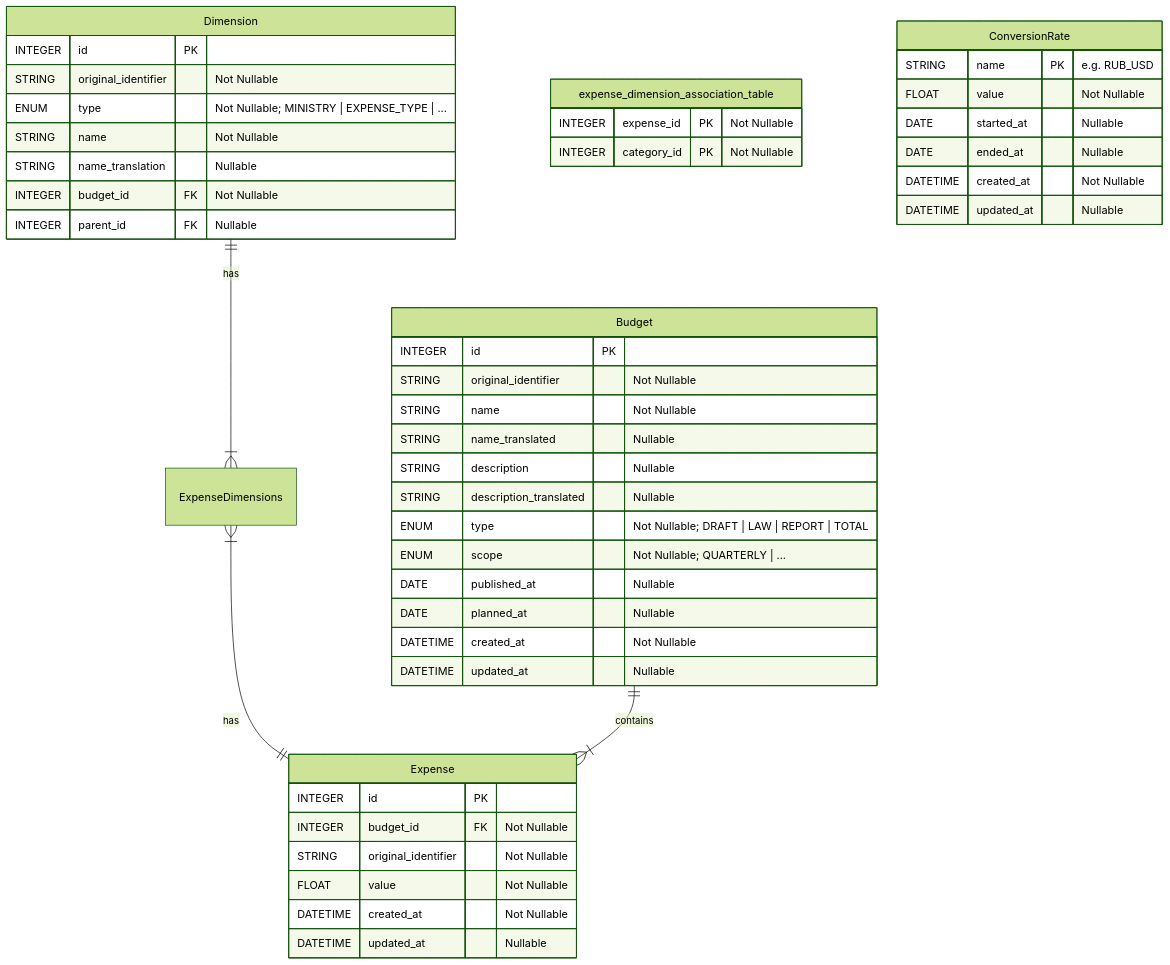
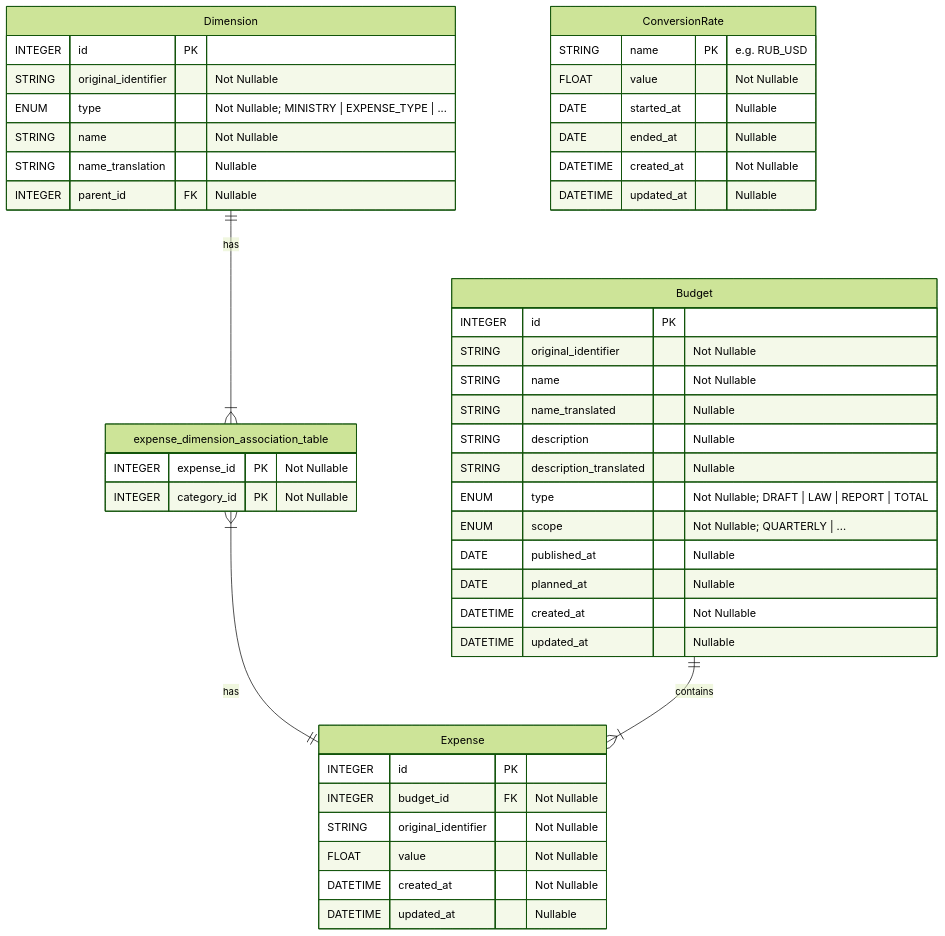
Before and after one commit to swp-berlin/ru_budget_tracker: the diagram in README.md, drawn with Mermaid (forest theme). The commit also changed other lines of this file and 7 other files, not shown here.

````diff
--- a/README.md
+++ b/README.md
@@ -78,49 +81,48 @@
 ```mermaid
 erDiagram
 	Dimension {
 	  INTEGER id PK
 	  STRING original_identifier "Not Nullable"
 	  ENUM type "Not Nullable; MINISTRY | EXPENSE_TYPE | ..."
 	  STRING name "Not Nullable"
 	  STRING name_translation "Nullable"
-	  INTEGER budget_id FK "Not Nullable"
 	  INTEGER parent_id FK "Nullable"
   }
-  Dimension ||--|{ ExpenseDimensions : has
+  Dimension ||--|{ expense_dimension_association_table : has
   expense_dimension_association_table {
 	  INTEGER expense_id PK "Not Nullable"
 	  INTEGER category_id PK "Not Nullable"
 	}
-	ExpenseDimensions }|--|| Expense : has
-	Budget ||--|{ Expense : contains
+	expense_dimension_association_table }|--|| Expense : has
+  Expense {
+	  INTEGER id PK
+	  INTEGER budget_id FK "Not Nullable"
+	  STRING original_identifier "Not Nullable"
+	  FLOAT value "Not Nullable"
+	  DATETIME created_at "Not Nullable"
+	  DATETIME updated_at "Nullable"
+  }
+  Budget ||--|{ Expense : contains
 	Budget {
 	  INTEGER id PK
 	  STRING original_identifier "Not Nullable"
 	  STRING name "Not Nullable"
 	  STRING name_translated "Nullable"
 	  STRING description "Nullable"
 	  STRING description_translated "Nullable"
 	  ENUM type "Not Nullable; DRAFT | LAW | REPORT | TOTAL"
 	  ENUM scope "Not Nullable; QUARTERLY | ... "
 	  DATE published_at "Nullable"
 	  DATE planned_at "Nullable"
 	  DATETIME created_at "Not Nullable"
 	  DATETIME updated_at "Nullable"
 	}
-  Expense {
-	  INTEGER id PK
-	  INTEGER budget_id FK "Not Nullable"
-	  STRING original_identifier "Not Nullable"
-	  FLOAT value "Not Nullable"
-	  DATETIME created_at "Not Nullable"
-	  DATETIME updated_at "Nullable"
-  }
   ConversionRate{
 	  STRING name PK "e.g. RUB_USD"
 	  FLOAT value "Not Nullable"
 	  DATE started_at "Nullable"
 	  DATE ended_at "Nullable"
 	  DATETIME created_at "Not Nullable"
 	  DATETIME updated_at "Nullable"
   }
 ```
````
